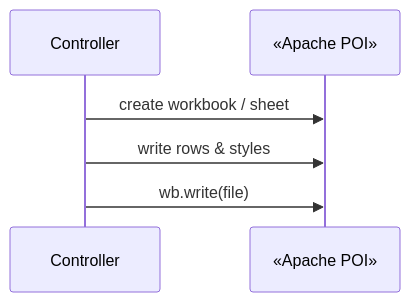
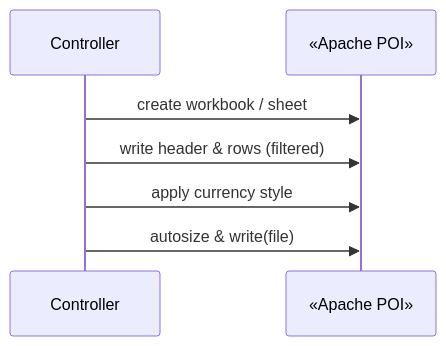
One commit to acetheberliner/MoneyMinder changed the eighth of 8 diagrams in README.md. Above: the diagram before and after it, drawn with Mermaid. The commit also changed other lines of this file, not shown here.

````diff
--- a/README.md
+++ b/README.md
@@ -193,8 +313,9 @@
 ```mermaid
 sequenceDiagram
     participant Controller
     participant POI as «Apache POI»
     Controller->>POI: create workbook / sheet
-    Controller->>POI: write rows & styles
-    Controller->>POI: wb.write(file)
+    Controller->>POI: write header & rows (filtered)
+    Controller->>POI: apply currency style
+    Controller->>POI: autosize & write(file)
 ```
````
